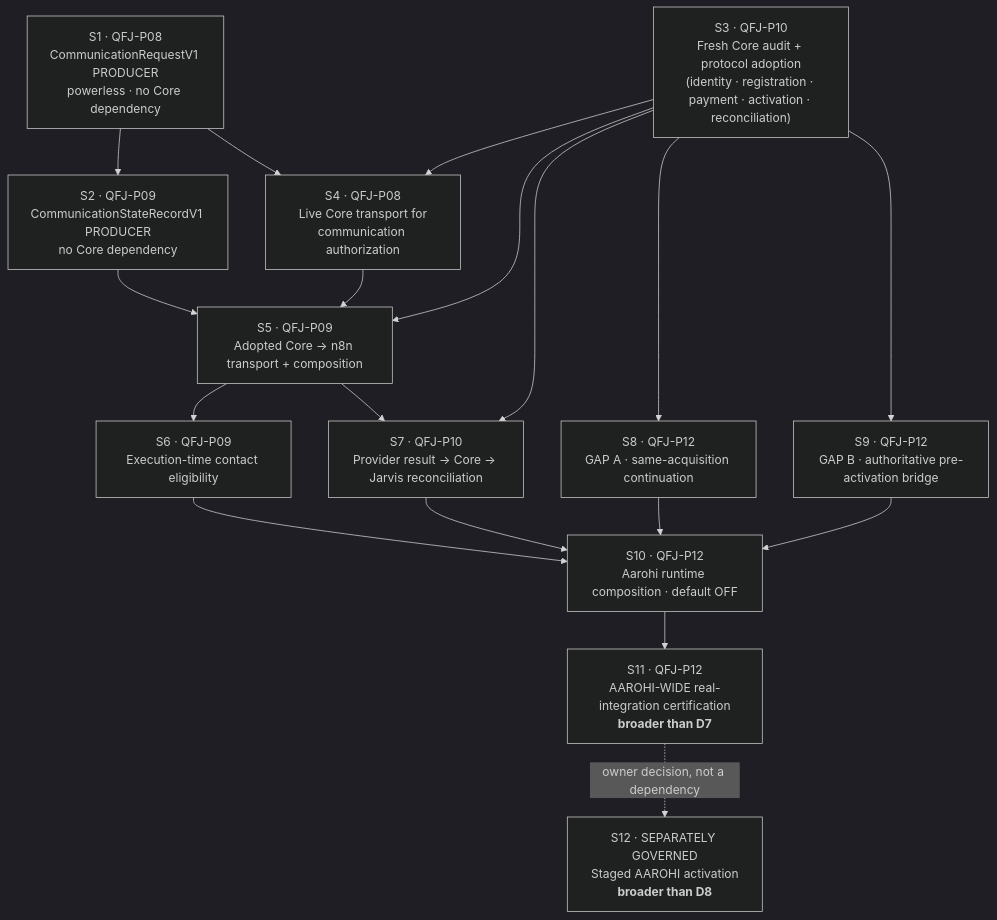
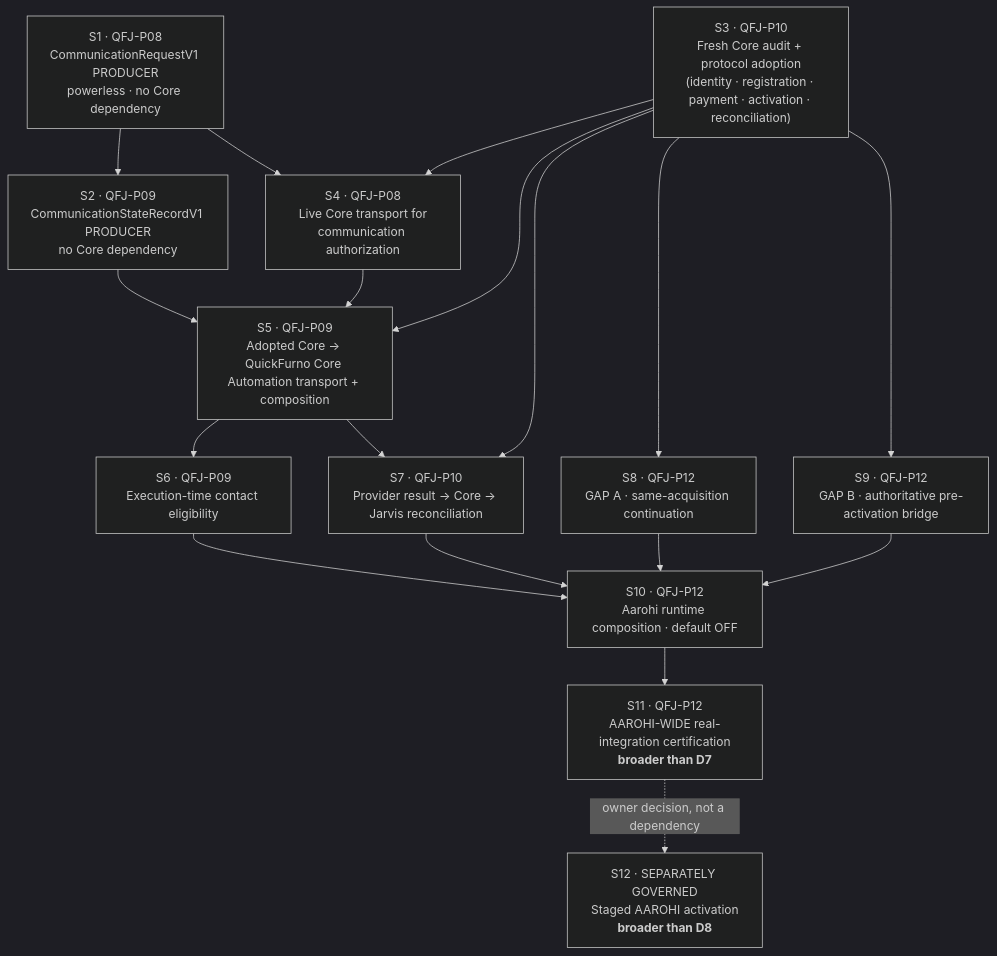
The first of 2 diagrams in docs/architecture/aarohi-real-execution-integration-plan.md (quickfurno-maker/qf-jarvis), drawn with Mermaid (dark theme) before and after one commit. The commit also changed other lines of this file and 531 other files, not shown here.

````diff
--- a/docs/architecture/aarohi-real-execution-integration-plan.md
+++ b/docs/architecture/aarohi-real-execution-integration-plan.md
@@ -124,33 +124,33 @@
 ```mermaid
 flowchart TD
     S1["S1 · QFJ-P08<br/>CommunicationRequestV1 PRODUCER<br/>powerless · no Core dependency"]
     S2["S2 · QFJ-P09<br/>CommunicationStateRecordV1 PRODUCER<br/>no Core dependency"]
     S3["S3 · QFJ-P10<br/>Fresh Core audit + protocol adoption<br/>(identity · registration · payment · activation · reconciliation)"]
     S4["S4 · QFJ-P08<br/>Live Core transport for<br/>communication authorization"]
-    S5["S5 · QFJ-P09<br/>Adopted Core → n8n transport + composition"]
+    S5["S5 · QFJ-P09<br/>Adopted Core → QuickFurno Core Automation transport + composition"]
     S6["S6 · QFJ-P09<br/>Execution-time contact eligibility"]
     S7["S7 · QFJ-P10<br/>Provider result → Core → Jarvis reconciliation"]
     S8["S8 · QFJ-P12<br/>GAP A · same-acquisition continuation"]
     S9["S9 · QFJ-P12<br/>GAP B · authoritative pre-activation bridge"]
     S10["S10 · QFJ-P12<br/>Aarohi runtime composition · default OFF"]
     S11["S11 · QFJ-P12<br/>AAROHI-WIDE real-integration certification<br/><b>broader than D7</b>"]
     S12["S12 · SEPARATELY GOVERNED<br/>Staged AAROHI activation<br/><b>broader than D8</b>"]
 
     S1 --> S2
     S1 --> S4
     S3 --> S4
     S3 --> S5
     S3 --> S7
     S3 --> S8
     S3 --> S9
     S2 --> S5
     S4 --> S5
     S5 --> S6
     S5 --> S7
     S6 --> S10
     S7 --> S10
     S8 --> S10
     S9 --> S10
     S10 --> S11
     S11 -.owner decision, not a dependency.-> S12
 ```
````
